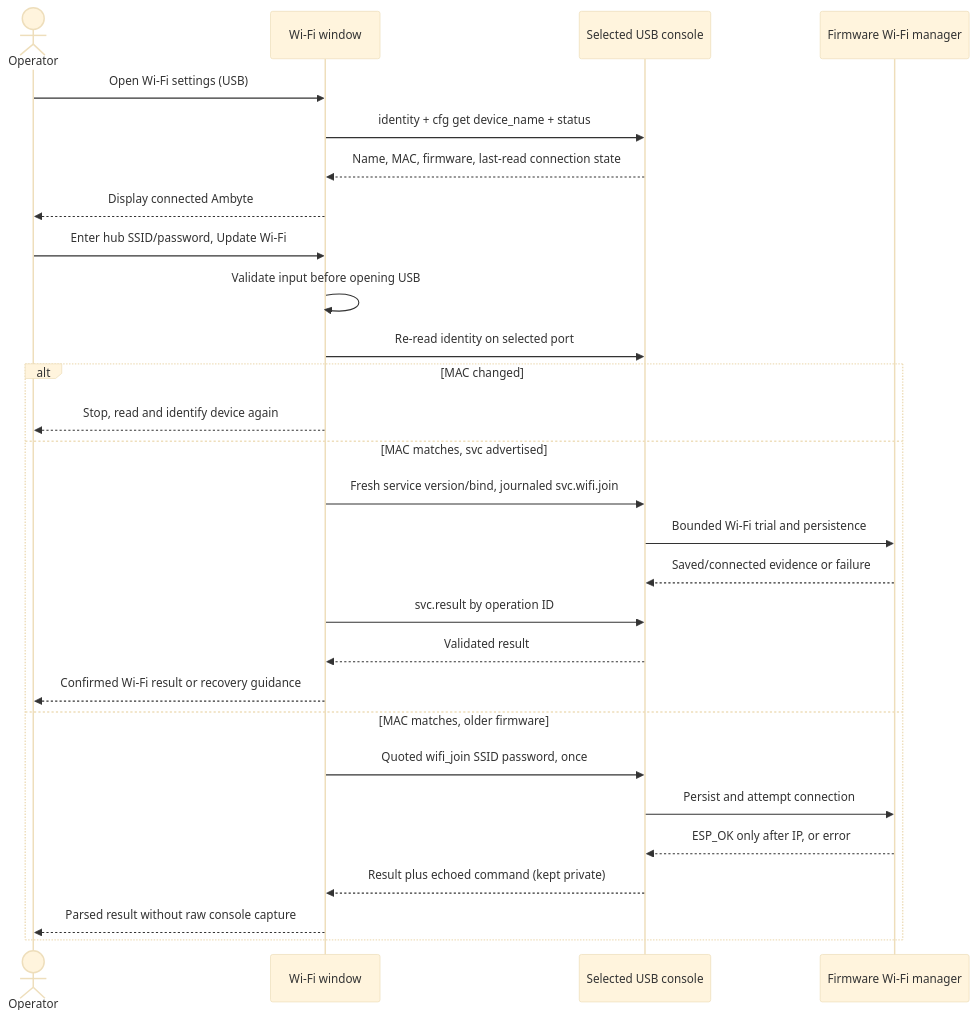
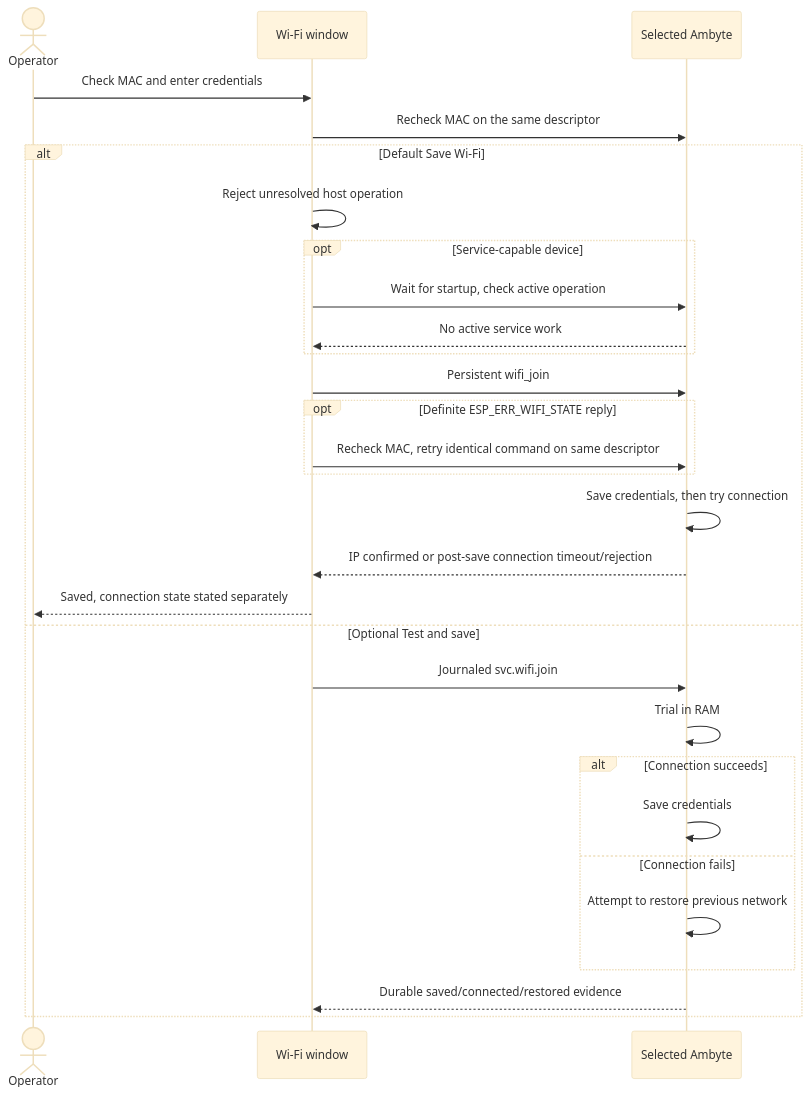
The first of 2 diagrams in docs/usb-wifi-settings.md (Jan-IngenHousz-Institute/ambyte-iot), drawn with Mermaid (base theme) before and after one commit. The commit also changed other lines of this file and 18 other files, not shown here.

First line of the commit message:
feat(flash-gui): change experiments and Wi-Fi without reprovisioning (#95)

````diff
--- a/docs/usb-wifi-settings.md
+++ b/docs/usb-wifi-settings.md
@@ -35,30 +52,31 @@
 ```mermaid
 sequenceDiagram
     actor Operator
     participant GUI as Wi-Fi window
-    participant USB as Selected USB console
-    participant WiFi as Firmware Wi-Fi manager
-    Operator->>GUI: Open Wi-Fi settings (USB)
-    GUI->>USB: identity + cfg get device_name + status
-    USB-->>GUI: Name, MAC, firmware, last-read connection state
-    GUI-->>Operator: Display connected Ambyte
-    Operator->>GUI: Enter hub SSID/password, Update Wi-Fi
-    GUI->>GUI: Validate input before opening USB
-    GUI->>USB: Re-read identity on selected port
-    alt MAC changed
-        GUI-->>Operator: Stop, read and identify device again
-    else MAC matches, svc advertised
-        GUI->>USB: Fresh service version/bind, journaled svc.wifi.join
-        USB->>WiFi: Bounded Wi-Fi trial and persistence
-        WiFi-->>USB: Saved/connected evidence or failure
-        GUI->>USB: svc.result by operation ID
-        USB-->>GUI: Validated result
-        GUI-->>Operator: Confirmed Wi-Fi result or recovery guidance
-    else MAC matches, older firmware
-        GUI->>USB: Quoted wifi_join SSID password, once
-        USB->>WiFi: Persist and attempt connection
-        WiFi-->>USB: ESP_OK only after IP, or error
-        USB-->>GUI: Result plus echoed command (kept private)
-        GUI-->>Operator: Parsed result without raw console capture
+    participant USB as Selected Ambyte
+    Operator->>GUI: Check MAC and enter credentials
+    GUI->>USB: Recheck MAC on the same descriptor
+    alt Default Save Wi-Fi
+        GUI->>GUI: Reject unresolved host operation
+        opt Service-capable device
+            GUI->>USB: Wait for startup, check active operation
+            USB-->>GUI: No active service work
+        end
+        GUI->>USB: Persistent wifi_join
+        opt Definite ESP_ERR_WIFI_STATE reply
+            GUI->>USB: Recheck MAC, retry identical command on same descriptor
+        end
+        USB->>USB: Save credentials, then try connection
+        USB-->>GUI: IP confirmed or post-save connection timeout/rejection
+        GUI-->>Operator: Saved, connection state stated separately
+    else Optional Test and save
+        GUI->>USB: Journaled svc.wifi.join
+        USB->>USB: Trial in RAM
+        alt Connection succeeds
+            USB->>USB: Save credentials
+        else Connection fails
+            USB->>USB: Attempt to restore previous network
+        end
+        USB-->>GUI: Durable saved/connected/restored evidence
     end
 ```
````
